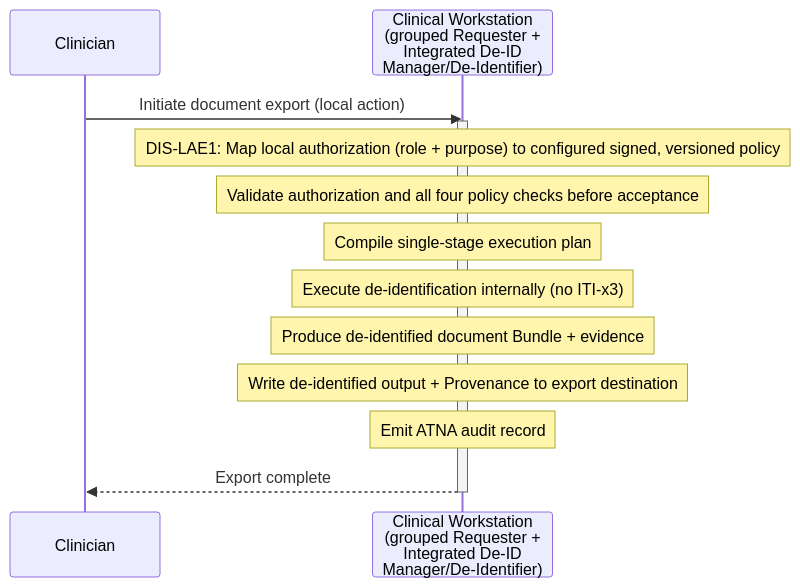
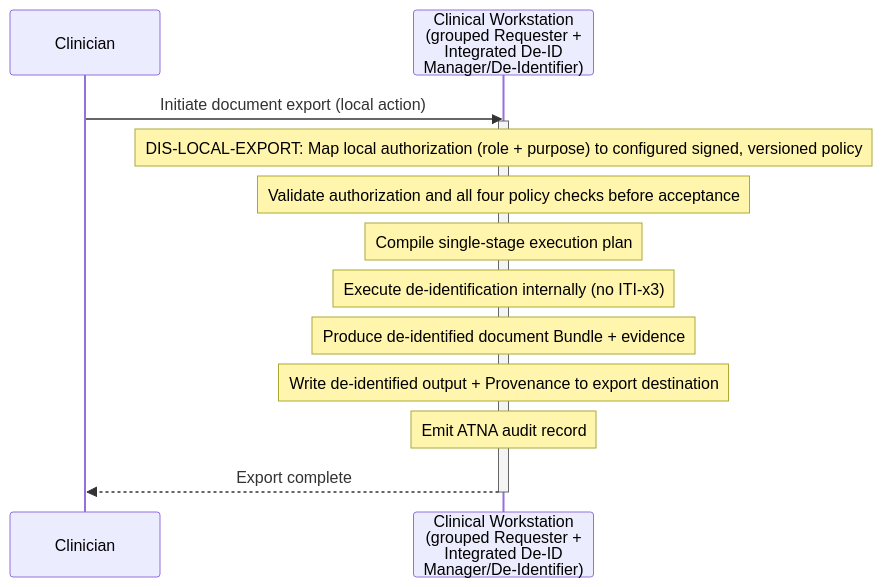
Before and after one commit to IHE/ITI.DIS: the sixth of 6 diagrams in input/pagecontent/volume-1.md, drawn with Mermaid. The commit also changed other lines of this file and 1 other file, not shown here.

First line of the commit message:
Optimize actor options: add DIS-BASE, DIS-IRREVERSIBLE, align tables and diagrams

````diff
--- a/input/pagecontent/volume-1.md
+++ b/input/pagecontent/volume-1.md
@@ -583,19 +593,19 @@
 ```mermaid
 sequenceDiagram
     participant CLI as Clinician
     participant WS as Clinical Workstation<br/>(grouped Requester +<br/>Integrated De-ID<br/>Manager/De-Identifier)
 
     CLI->>WS: Initiate document export (local action)
     activate WS
-    Note over WS: DIS-LAE1: Map local authorization (role + purpose) to configured signed, versioned policy
+    Note over WS: DIS-LOCAL-EXPORT: Map local authorization (role + purpose) to configured signed, versioned policy
     Note over WS: Validate authorization and all four policy checks before acceptance
     Note over WS: Compile single-stage execution plan
 
     Note over WS: Execute de-identification internally (no ITI-x3)
     Note over WS: Produce de-identified document Bundle + evidence
 
     Note over WS: Write de-identified output + Provenance to export destination
     Note over WS: Emit ATNA audit record
     WS-->>CLI: Export complete
     deactivate WS
 ```
````
